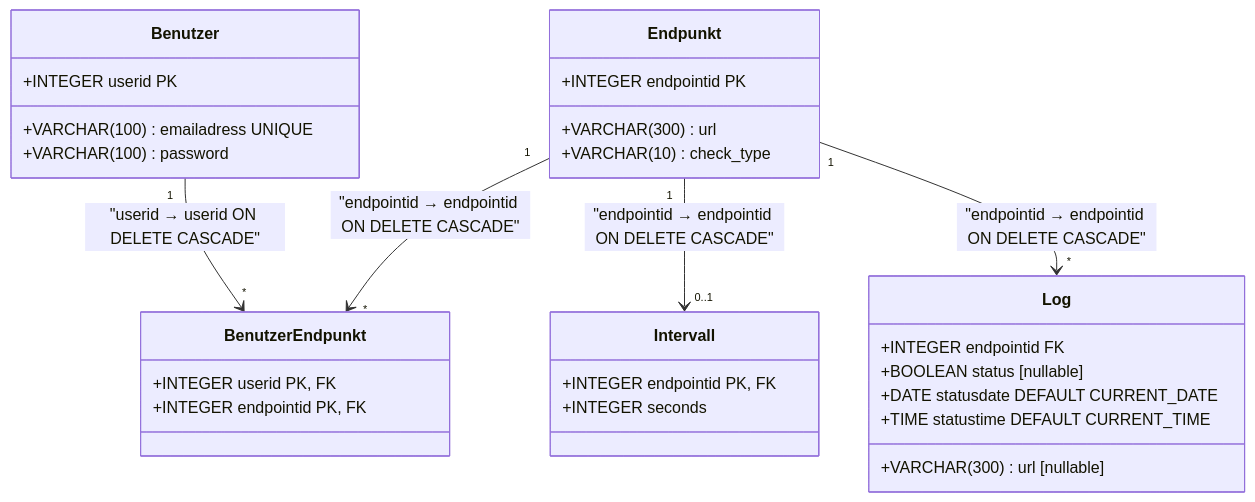
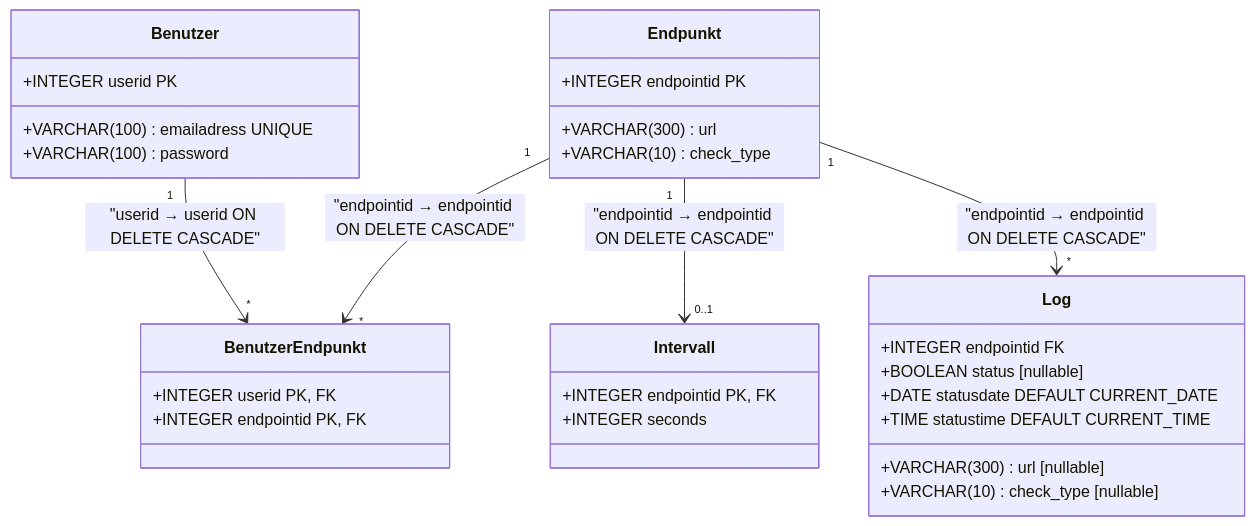
Before and after one commit to DevDaio/ACM_API-Connection-Monitor: the seventh of 10 diagrams in explain-canvas.md, drawn with Mermaid. The commit also changed other lines of this file and 8 other files, not shown here.

First line of the commit message:
feat: log check_type + LogModal Method column

````diff
--- a/explain-canvas.md
+++ b/explain-canvas.md
@@ -341,37 +341,38 @@
 ```mermaid
 classDiagram
     class Benutzer {
         +INTEGER userid PK
         +VARCHAR(100) emailadress UNIQUE
         +VARCHAR(100) password
     }
 
     class Endpunkt {
         +INTEGER endpointid PK
         +VARCHAR(300) url
         +VARCHAR(10) check_type
     }
 
     class BenutzerEndpunkt {
         +INTEGER userid PK, FK
         +INTEGER endpointid PK, FK
     }
 
     class Intervall {
         +INTEGER endpointid PK, FK
         +INTEGER seconds
     }
 
     class Log {
         +INTEGER endpointid FK
         +BOOLEAN status [nullable]
+        +VARCHAR(300) url [nullable]
+        +VARCHAR(10) check_type [nullable]
         +DATE statusdate DEFAULT CURRENT_DATE
         +TIME statustime DEFAULT CURRENT_TIME
-        +VARCHAR(300) url [nullable]
     }
 
     Benutzer "1" --> "*" BenutzerEndpunkt : "userid → userid ON DELETE CASCADE"
     Endpunkt "1" --> "*" BenutzerEndpunkt : "endpointid → endpointid ON DELETE CASCADE"
     Endpunkt "1" --> "0..1" Intervall : "endpointid → endpointid ON DELETE CASCADE"
     Endpunkt "1" --> "*" Log : "endpointid → endpointid ON DELETE CASCADE"
 ```
````
